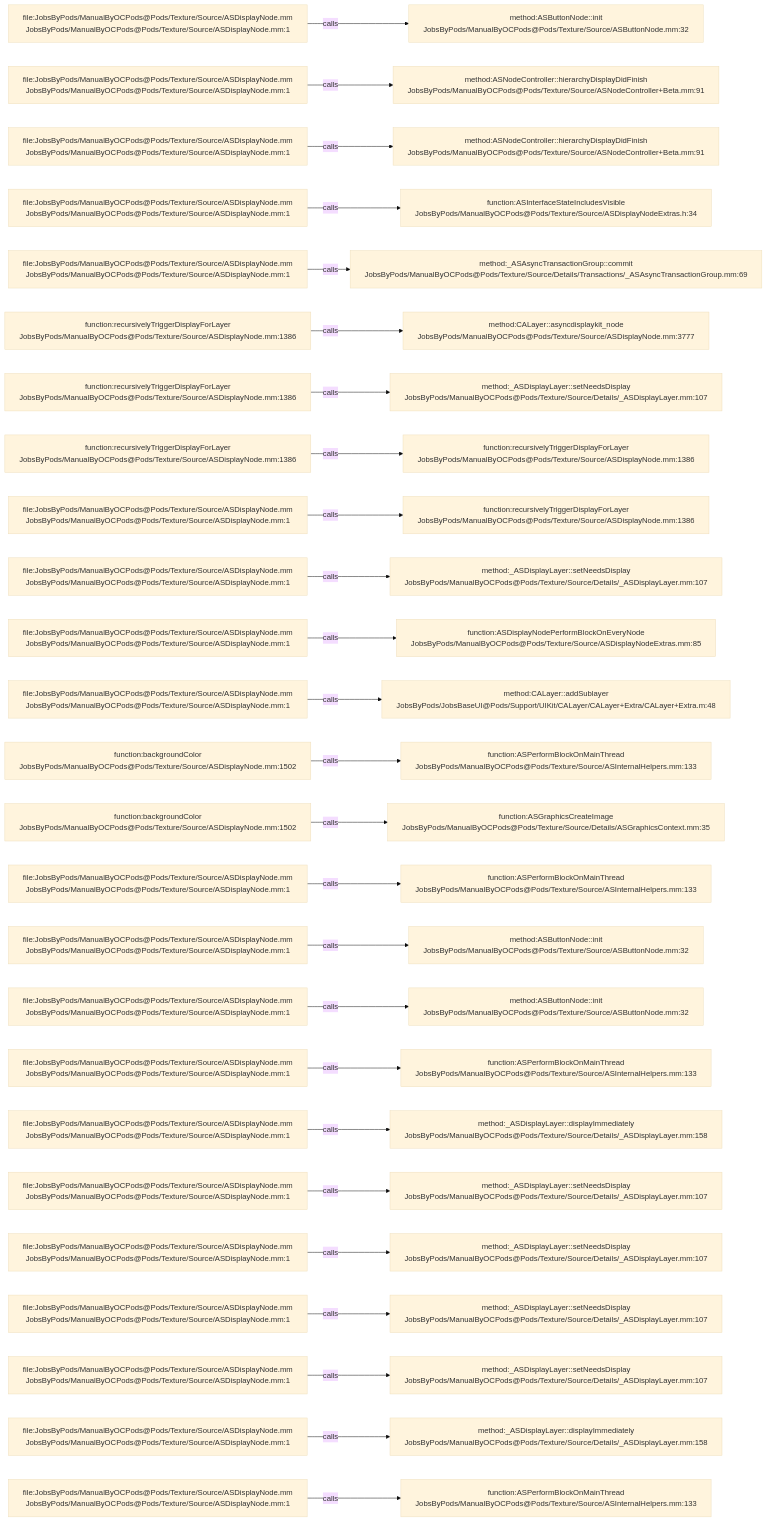
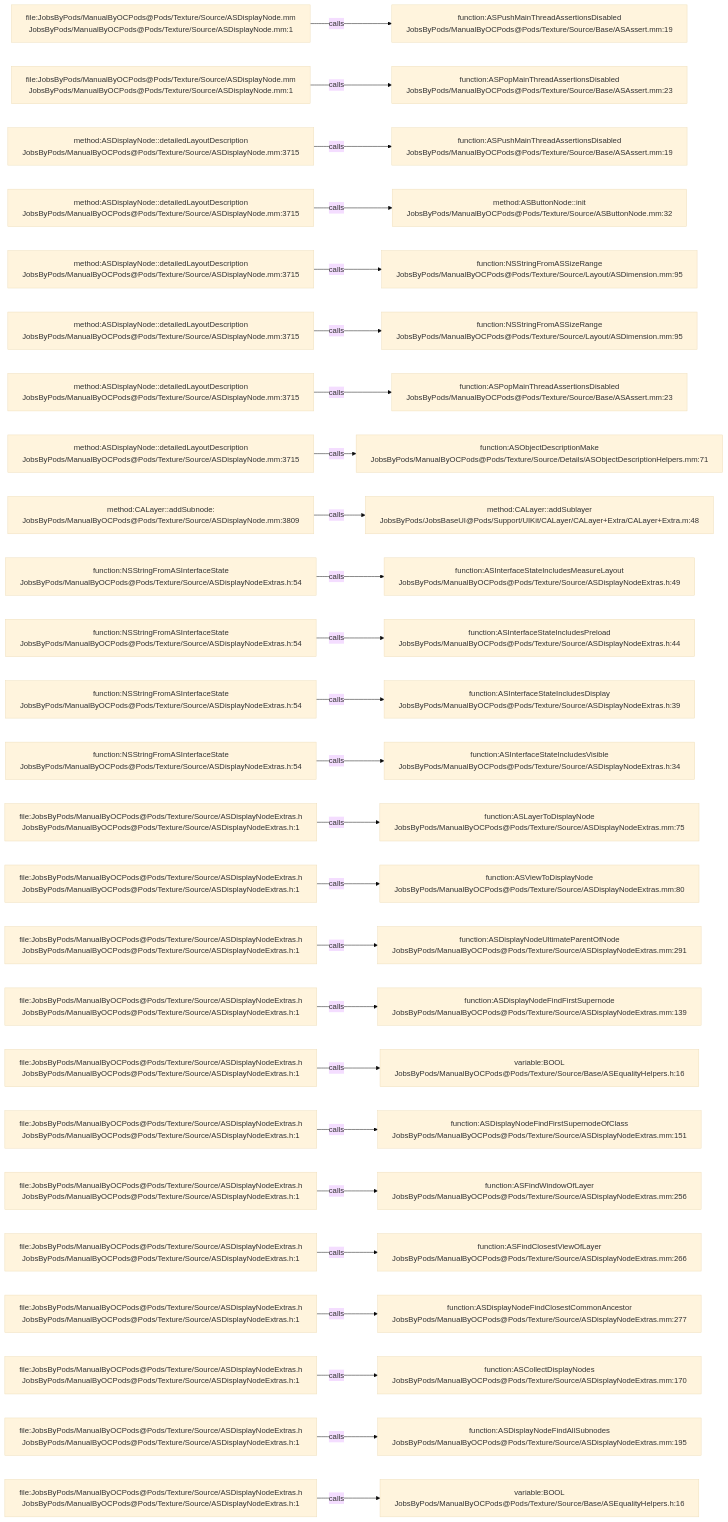
One commit to JobsKits/JobsOCBaseConfigDemo changed the diagram in .codegraph/codegraph.md/graphs/calls-097.md. Above: the diagram before and after it, drawn with Mermaid (base theme). The commit also changed 1448 other files, not shown here.

````diff
--- a/.codegraph/codegraph.md/graphs/calls-097.md
+++ b/.codegraph/codegraph.md/graphs/calls-097.md
@@ -13,78 +13,78 @@
 ```mermaid
 flowchart LR
   S1["file:JobsByPods/ManualByOCPods@Pods/Texture/Source/ASDisplayNode.mm<br/>JobsByPods/ManualByOCPods@Pods/Texture/Source/ASDisplayNode.mm:1"]
-  T1["method:ASButtonNode::init<br/>JobsByPods/ManualByOCPods@Pods/Texture/Source/ASButtonNode.mm:32"]
+  T1["function:ASPushMainThreadAssertionsDisabled<br/>JobsByPods/ManualByOCPods@Pods/Texture/Source/Base/ASAssert.mm:19"]
   S1 -->|calls| T1
   S2["file:JobsByPods/ManualByOCPods@Pods/Texture/Source/ASDisplayNode.mm<br/>JobsByPods/ManualByOCPods@Pods/Texture/Source/ASDisplayNode.mm:1"]
-  T2["method:ASNodeController::hierarchyDisplayDidFinish<br/>JobsByPods/ManualByOCPods@Pods/Texture/Source/ASNodeController+Beta.mm:91"]
+  T2["function:ASPopMainThreadAssertionsDisabled<br/>JobsByPods/ManualByOCPods@Pods/Texture/Source/Base/ASAssert.mm:23"]
   S2 -->|calls| T2
-  S3["file:JobsByPods/ManualByOCPods@Pods/Texture/Source/ASDisplayNode.mm<br/>JobsByPods/ManualByOCPods@Pods/Texture/Source/ASDisplayNode.mm:1"]
-  T3["method:ASNodeController::hierarchyDisplayDidFinish<br/>JobsByPods/ManualByOCPods@Pods/Texture/Source/ASNodeController+Beta.mm:91"]
+  S3["method:ASDisplayNode::detailedLayoutDescription<br/>JobsByPods/ManualByOCPods@Pods/Texture/Source/ASDisplayNode.mm:3715"]
+  T3["function:ASPushMainThreadAssertionsDisabled<br/>JobsByPods/ManualByOCPods@Pods/Texture/Source/Base/ASAssert.mm:19"]
   S3 -->|calls| T3
-  S4["file:JobsByPods/ManualByOCPods@Pods/Texture/Source/ASDisplayNode.mm<br/>JobsByPods/ManualByOCPods@Pods/Texture/Source/ASDisplayNode.mm:1"]
-  T4["function:ASInterfaceStateIncludesVisible<br/>JobsByPods/ManualByOCPods@Pods/Texture/Source/ASDisplayNodeExtras.h:34"]
+  S4["method:ASDisplayNode::detailedLayoutDescription<br/>JobsByPods/ManualByOCPods@Pods/Texture/Source/ASDisplayNode.mm:3715"]
+  T4["method:ASButtonNode::init<br/>JobsByPods/ManualByOCPods@Pods/Texture/Source/ASButtonNode.mm:32"]
   S4 -->|calls| T4
-  S5["file:JobsByPods/ManualByOCPods@Pods/Texture/Source/ASDisplayNode.mm<br/>JobsByPods/ManualByOCPods@Pods/Texture/Source/ASDisplayNode.mm:1"]
-  T5["method:_ASAsyncTransactionGroup::commit<br/>JobsByPods/ManualByOCPods@Pods/Texture/Source/Details/Transactions/_ASAsyncTransactionGroup.mm:69"]
+  S5["method:ASDisplayNode::detailedLayoutDescription<br/>JobsByPods/ManualByOCPods@Pods/Texture/Source/ASDisplayNode.mm:3715"]
+  T5["function:NSStringFromASSizeRange<br/>JobsByPods/ManualByOCPods@Pods/Texture/Source/Layout/ASDimension.mm:95"]
   S5 -->|calls| T5
-  S6["function:recursivelyTriggerDisplayForLayer<br/>JobsByPods/ManualByOCPods@Pods/Texture/Source/ASDisplayNode.mm:1386"]
-  T6["method:CALayer::asyncdisplaykit_node<br/>JobsByPods/ManualByOCPods@Pods/Texture/Source/ASDisplayNode.mm:3777"]
+  S6["method:ASDisplayNode::detailedLayoutDescription<br/>JobsByPods/ManualByOCPods@Pods/Texture/Source/ASDisplayNode.mm:3715"]
+  T6["function:NSStringFromASSizeRange<br/>JobsByPods/ManualByOCPods@Pods/Texture/Source/Layout/ASDimension.mm:95"]
   S6 -->|calls| T6
-  S7["function:recursivelyTriggerDisplayForLayer<br/>JobsByPods/ManualByOCPods@Pods/Texture/Source/ASDisplayNode.mm:1386"]
-  T7["method:_ASDisplayLayer::setNeedsDisplay<br/>JobsByPods/ManualByOCPods@Pods/Texture/Source/Details/_ASDisplayLayer.mm:107"]
+  S7["method:ASDisplayNode::detailedLayoutDescription<br/>JobsByPods/ManualByOCPods@Pods/Texture/Source/ASDisplayNode.mm:3715"]
+  T7["function:ASPopMainThreadAssertionsDisabled<br/>JobsByPods/ManualByOCPods@Pods/Texture/Source/Base/ASAssert.mm:23"]
   S7 -->|calls| T7
-  S8["function:recursivelyTriggerDisplayForLayer<br/>JobsByPods/ManualByOCPods@Pods/Texture/Source/ASDisplayNode.mm:1386"]
-  T8["function:recursivelyTriggerDisplayForLayer<br/>JobsByPods/ManualByOCPods@Pods/Texture/Source/ASDisplayNode.mm:1386"]
+  S8["method:ASDisplayNode::detailedLayoutDescription<br/>JobsByPods/ManualByOCPods@Pods/Texture/Source/ASDisplayNode.mm:3715"]
+  T8["function:ASObjectDescriptionMake<br/>JobsByPods/ManualByOCPods@Pods/Texture/Source/Details/ASObjectDescriptionHelpers.mm:71"]
   S8 -->|calls| T8
-  S9["file:JobsByPods/ManualByOCPods@Pods/Texture/Source/ASDisplayNode.mm<br/>JobsByPods/ManualByOCPods@Pods/Texture/Source/ASDisplayNode.mm:1"]
-  T9["function:recursivelyTriggerDisplayForLayer<br/>JobsByPods/ManualByOCPods@Pods/Texture/Source/ASDisplayNode.mm:1386"]
+  S9["method:CALayer::addSubnode:<br/>JobsByPods/ManualByOCPods@Pods/Texture/Source/ASDisplayNode.mm:3809"]
+  T9["method:CALayer::addSublayer<br/>JobsByPods/JobsBaseUI@Pods/Support/UIKit/CALayer/CALayer+Extra/CALayer+Extra.m:48"]
   S9 -->|calls| T9
-  S10["file:JobsByPods/ManualByOCPods@Pods/Texture/Source/ASDisplayNode.mm<br/>JobsByPods/ManualByOCPods@Pods/Texture/Source/ASDisplayNode.mm:1"]
-  T10["method:_ASDisplayLayer::setNeedsDisplay<br/>JobsByPods/ManualByOCPods@Pods/Texture/Source/Details/_ASDisplayLayer.mm:107"]
+  S10["function:NSStringFromASInterfaceState<br/>JobsByPods/ManualByOCPods@Pods/Texture/Source/ASDisplayNodeExtras.h:54"]
+  T10["function:ASInterfaceStateIncludesMeasureLayout<br/>JobsByPods/ManualByOCPods@Pods/Texture/Source/ASDisplayNodeExtras.h:49"]
   S10 -->|calls| T10
-  S11["file:JobsByPods/ManualByOCPods@Pods/Texture/Source/ASDisplayNode.mm<br/>JobsByPods/ManualByOCPods@Pods/Texture/Source/ASDisplayNode.mm:1"]
-  T11["function:ASDisplayNodePerformBlockOnEveryNode<br/>JobsByPods/ManualByOCPods@Pods/Texture/Source/ASDisplayNodeExtras.mm:85"]
+  S11["function:NSStringFromASInterfaceState<br/>JobsByPods/ManualByOCPods@Pods/Texture/Source/ASDisplayNodeExtras.h:54"]
+  T11["function:ASInterfaceStateIncludesPreload<br/>JobsByPods/ManualByOCPods@Pods/Texture/Source/ASDisplayNodeExtras.h:44"]
   S11 -->|calls| T11
-  S12["file:JobsByPods/ManualByOCPods@Pods/Texture/Source/ASDisplayNode.mm<br/>JobsByPods/ManualByOCPods@Pods/Texture/Source/ASDisplayNode.mm:1"]
-  T12["method:CALayer::addSublayer<br/>JobsByPods/JobsBaseUI@Pods/Support/UIKit/CALayer/CALayer+Extra/CALayer+Extra.m:48"]
+  S12["function:NSStringFromASInterfaceState<br/>JobsByPods/ManualByOCPods@Pods/Texture/Source/ASDisplayNodeExtras.h:54"]
+  T12["function:ASInterfaceStateIncludesDisplay<br/>JobsByPods/ManualByOCPods@Pods/Texture/Source/ASDisplayNodeExtras.h:39"]
   S12 -->|calls| T12
-  S13["function:backgroundColor<br/>JobsByPods/ManualByOCPods@Pods/Texture/Source/ASDisplayNode.mm:1502"]
-  T13["function:ASPerformBlockOnMainThread<br/>JobsByPods/ManualByOCPods@Pods/Texture/Source/ASInternalHelpers.mm:133"]
+  S13["function:NSStringFromASInterfaceState<br/>JobsByPods/ManualByOCPods@Pods/Texture/Source/ASDisplayNodeExtras.h:54"]
+  T13["function:ASInterfaceStateIncludesVisible<br/>JobsByPods/ManualByOCPods@Pods/Texture/Source/ASDisplayNodeExtras.h:34"]
   S13 -->|calls| T13
-  S14["function:backgroundColor<br/>JobsByPods/ManualByOCPods@Pods/Texture/Source/ASDisplayNode.mm:1502"]
-  T14["function:ASGraphicsCreateImage<br/>JobsByPods/ManualByOCPods@Pods/Texture/Source/Details/ASGraphicsContext.mm:35"]
+  S14["file:JobsByPods/ManualByOCPods@Pods/Texture/Source/ASDisplayNodeExtras.h<br/>JobsByPods/ManualByOCPods@Pods/Texture/Source/ASDisplayNodeExtras.h:1"]
+  T14["function:ASLayerToDisplayNode<br/>JobsByPods/ManualByOCPods@Pods/Texture/Source/ASDisplayNodeExtras.mm:75"]
   S14 -->|calls| T14
-  S15["file:JobsByPods/ManualByOCPods@Pods/Texture/Source/ASDisplayNode.mm<br/>JobsByPods/ManualByOCPods@Pods/Texture/Source/ASDisplayNode.mm:1"]
-  T15["function:ASPerformBlockOnMainThread<br/>JobsByPods/ManualByOCPods@Pods/Texture/Source/ASInternalHelpers.mm:133"]
+  S15["file:JobsByPods/ManualByOCPods@Pods/Texture/Source/ASDisplayNodeExtras.h<br/>JobsByPods/ManualByOCPods@Pods/Texture/Source/ASDisplayNodeExtras.h:1"]
+  T15["function:ASViewToDisplayNode<br/>JobsByPods/ManualByOCPods@Pods/Texture/Source/ASDisplayNodeExtras.mm:80"]
   S15 -->|calls| T15
-  S16["file:JobsByPods/ManualByOCPods@Pods/Texture/Source/ASDisplayNode.mm<br/>JobsByPods/ManualByOCPods@Pods/Texture/Source/ASDisplayNode.mm:1"]
-  T16["method:ASButtonNode::init<br/>JobsByPods/ManualByOCPods@Pods/Texture/Source/ASButtonNode.mm:32"]
+  S16["file:JobsByPods/ManualByOCPods@Pods/Texture/Source/ASDisplayNodeExtras.h<br/>JobsByPods/ManualByOCPods@Pods/Texture/Source/ASDisplayNodeExtras.h:1"]
+  T16["function:ASDisplayNodeUltimateParentOfNode<br/>JobsByPods/ManualByOCPods@Pods/Texture/Source/ASDisplayNodeExtras.mm:291"]
   S16 -->|calls| T16
-  S17["file:JobsByPods/ManualByOCPods@Pods/Texture/Source/ASDisplayNode.mm<br/>JobsByPods/ManualByOCPods@Pods/Texture/Source/ASDisplayNode.mm:1"]
-  T17["method:ASButtonNode::init<br/>JobsByPods/ManualByOCPods@Pods/Texture/Source/ASButtonNode.mm:32"]
+  S17["file:JobsByPods/ManualByOCPods@Pods/Texture/Source/ASDisplayNodeExtras.h<br/>JobsByPods/ManualByOCPods@Pods/Texture/Source/ASDisplayNodeExtras.h:1"]
+  T17["function:ASDisplayNodeFindFirstSupernode<br/>JobsByPods/ManualByOCPods@Pods/Texture/Source/ASDisplayNodeExtras.mm:139"]
   S17 -->|calls| T17
-  S18["file:JobsByPods/ManualByOCPods@Pods/Texture/Source/ASDisplayNode.mm<br/>JobsByPods/ManualByOCPods@Pods/Texture/Source/ASDisplayNode.mm:1"]
-  T18["function:ASPerformBlockOnMainThread<br/>JobsByPods/ManualByOCPods@Pods/Texture/Source/ASInternalHelpers.mm:133"]
+  S18["file:JobsByPods/ManualByOCPods@Pods/Texture/Source/ASDisplayNodeExtras.h<br/>JobsByPods/ManualByOCPods@Pods/Texture/Source/ASDisplayNodeExtras.h:1"]
+  T18["variable:BOOL<br/>JobsByPods/ManualByOCPods@Pods/Texture/Source/Base/ASEqualityHelpers.h:16"]
   S18 -->|calls| T18
-  S19["file:JobsByPods/ManualByOCPods@Pods/Texture/Source/ASDisplayNode.mm<br/>JobsByPods/ManualByOCPods@Pods/Texture/Source/ASDisplayNode.mm:1"]
-  T19["method:_ASDisplayLayer::displayImmediately<br/>JobsByPods/ManualByOCPods@Pods/Texture/Source/Details/_ASDisplayLayer.mm:158"]
+  S19["file:JobsByPods/ManualByOCPods@Pods/Texture/Source/ASDisplayNodeExtras.h<br/>JobsByPods/ManualByOCPods@Pods/Texture/Source/ASDisplayNodeExtras.h:1"]
+  T19["function:ASDisplayNodeFindFirstSupernodeOfClass<br/>JobsByPods/ManualByOCPods@Pods/Texture/Source/ASDisplayNodeExtras.mm:151"]
   S19 -->|calls| T19
-  S20["file:JobsByPods/ManualByOCPods@Pods/Texture/Source/ASDisplayNode.mm<br/>JobsByPods/ManualByOCPods@Pods/Texture/Source/ASDisplayNode.mm:1"]
-  T20["method:_ASDisplayLayer::setNeedsDisplay<br/>JobsByPods/ManualByOCPods@Pods/Texture/Source/Details/_ASDisplayLayer.mm:107"]
+  S20["file:JobsByPods/ManualByOCPods@Pods/Texture/Source/ASDisplayNodeExtras.h<br/>JobsByPods/ManualByOCPods@Pods/Texture/Source/ASDisplayNodeExtras.h:1"]
+  T20["function:ASFindWindowOfLayer<br/>JobsByPods/ManualByOCPods@Pods/Texture/Source/ASDisplayNodeExtras.mm:256"]
   S20 -->|calls| T20
-  S21["file:JobsByPods/ManualByOCPods@Pods/Texture/Source/ASDisplayNode.mm<br/>JobsByPods/ManualByOCPods@Pods/Texture/Source/ASDisplayNode.mm:1"]
-  T21["method:_ASDisplayLayer::setNeedsDisplay<br/>JobsByPods/ManualByOCPods@Pods/Texture/Source/Details/_ASDisplayLayer.mm:107"]
+  S21["file:JobsByPods/ManualByOCPods@Pods/Texture/Source/ASDisplayNodeExtras.h<br/>JobsByPods/ManualByOCPods@Pods/Texture/Source/ASDisplayNodeExtras.h:1"]
+  T21["function:ASFindClosestViewOfLayer<br/>JobsByPods/ManualByOCPods@Pods/Texture/Source/ASDisplayNodeExtras.mm:266"]
   S21 -->|calls| T21
-  S22["file:JobsByPods/ManualByOCPods@Pods/Texture/Source/ASDisplayNode.mm<br/>JobsByPods/ManualByOCPods@Pods/Texture/Source/ASDisplayNode.mm:1"]
-  T22["method:_ASDisplayLayer::setNeedsDisplay<br/>JobsByPods/ManualByOCPods@Pods/Texture/Source/Details/_ASDisplayLayer.mm:107"]
+  S22["file:JobsByPods/ManualByOCPods@Pods/Texture/Source/ASDisplayNodeExtras.h<br/>JobsByPods/ManualByOCPods@Pods/Texture/Source/ASDisplayNodeExtras.h:1"]
+  T22["function:ASDisplayNodeFindClosestCommonAncestor<br/>JobsByPods/ManualByOCPods@Pods/Texture/Source/ASDisplayNodeExtras.mm:277"]
   S22 -->|calls| T22
-  S23["file:JobsByPods/ManualByOCPods@Pods/Texture/Source/ASDisplayNode.mm<br/>JobsByPods/ManualByOCPods@Pods/Texture/Source/ASDisplayNode.mm:1"]
-  T23["method:_ASDisplayLayer::setNeedsDisplay<br/>JobsByPods/ManualByOCPods@Pods/Texture/Source/Details/_ASDisplayLayer.mm:107"]
+  S23["file:JobsByPods/ManualByOCPods@Pods/Texture/Source/ASDisplayNodeExtras.h<br/>JobsByPods/ManualByOCPods@Pods/Texture/Source/ASDisplayNodeExtras.h:1"]
+  T23["function:ASCollectDisplayNodes<br/>JobsByPods/ManualByOCPods@Pods/Texture/Source/ASDisplayNodeExtras.mm:170"]
   S23 -->|calls| T23
-  S24["file:JobsByPods/ManualByOCPods@Pods/Texture/Source/ASDisplayNode.mm<br/>JobsByPods/ManualByOCPods@Pods/Texture/Source/ASDisplayNode.mm:1"]
-  T24["method:_ASDisplayLayer::displayImmediately<br/>JobsByPods/ManualByOCPods@Pods/Texture/Source/Details/_ASDisplayLayer.mm:158"]
+  S24["file:JobsByPods/ManualByOCPods@Pods/Texture/Source/ASDisplayNodeExtras.h<br/>JobsByPods/ManualByOCPods@Pods/Texture/Source/ASDisplayNodeExtras.h:1"]
+  T24["function:ASDisplayNodeFindAllSubnodes<br/>JobsByPods/ManualByOCPods@Pods/Texture/Source/ASDisplayNodeExtras.mm:195"]
   S24 -->|calls| T24
-  S25["file:JobsByPods/ManualByOCPods@Pods/Texture/Source/ASDisplayNode.mm<br/>JobsByPods/ManualByOCPods@Pods/Texture/Source/ASDisplayNode.mm:1"]
-  T25["function:ASPerformBlockOnMainThread<br/>JobsByPods/ManualByOCPods@Pods/Texture/Source/ASInternalHelpers.mm:133"]
+  S25["file:JobsByPods/ManualByOCPods@Pods/Texture/Source/ASDisplayNodeExtras.h<br/>JobsByPods/ManualByOCPods@Pods/Texture/Source/ASDisplayNodeExtras.h:1"]
+  T25["variable:BOOL<br/>JobsByPods/ManualByOCPods@Pods/Texture/Source/Base/ASEqualityHelpers.h:16"]
   S25 -->|calls| T25
 ```
````
